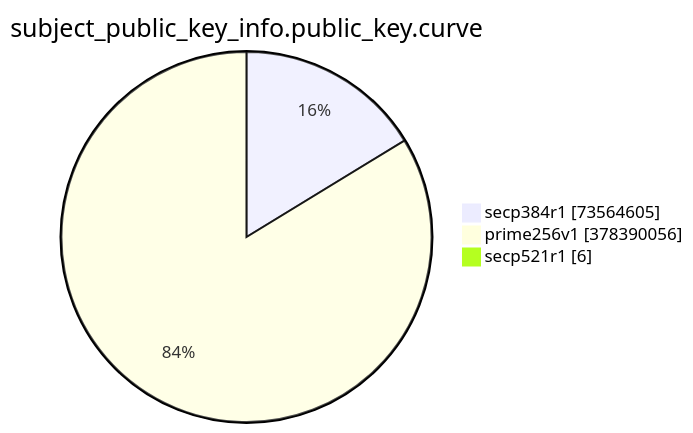
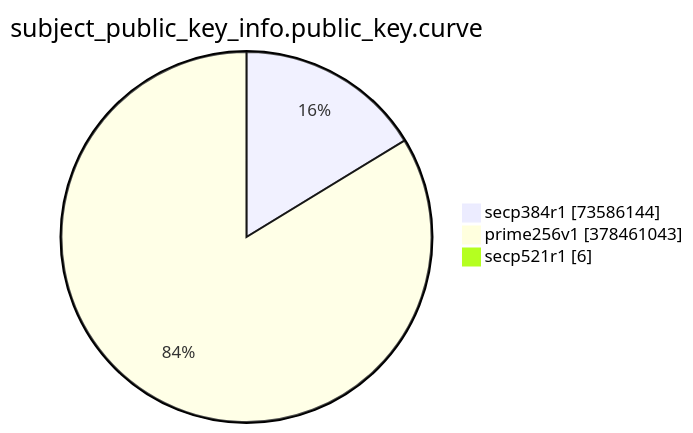
Before and after one commit to christiankrug/ctmonitor_visualization: the eighth of 15 diagrams in TOTAL/README.md, drawn with Mermaid. The commit also changed other lines of this file, not shown here.

````diff
--- a/TOTAL/README.md
+++ b/TOTAL/README.md
@@ -3094,7 +3094,7 @@
 ```mermaid
 pie showData
 title subject_public_key_info.public_key.curve
-"secp384r1" :73564605
-"prime256v1" :378390056
+"secp384r1" :73586144
+"prime256v1" :378461043
 "secp521r1" :6
 ```
````
